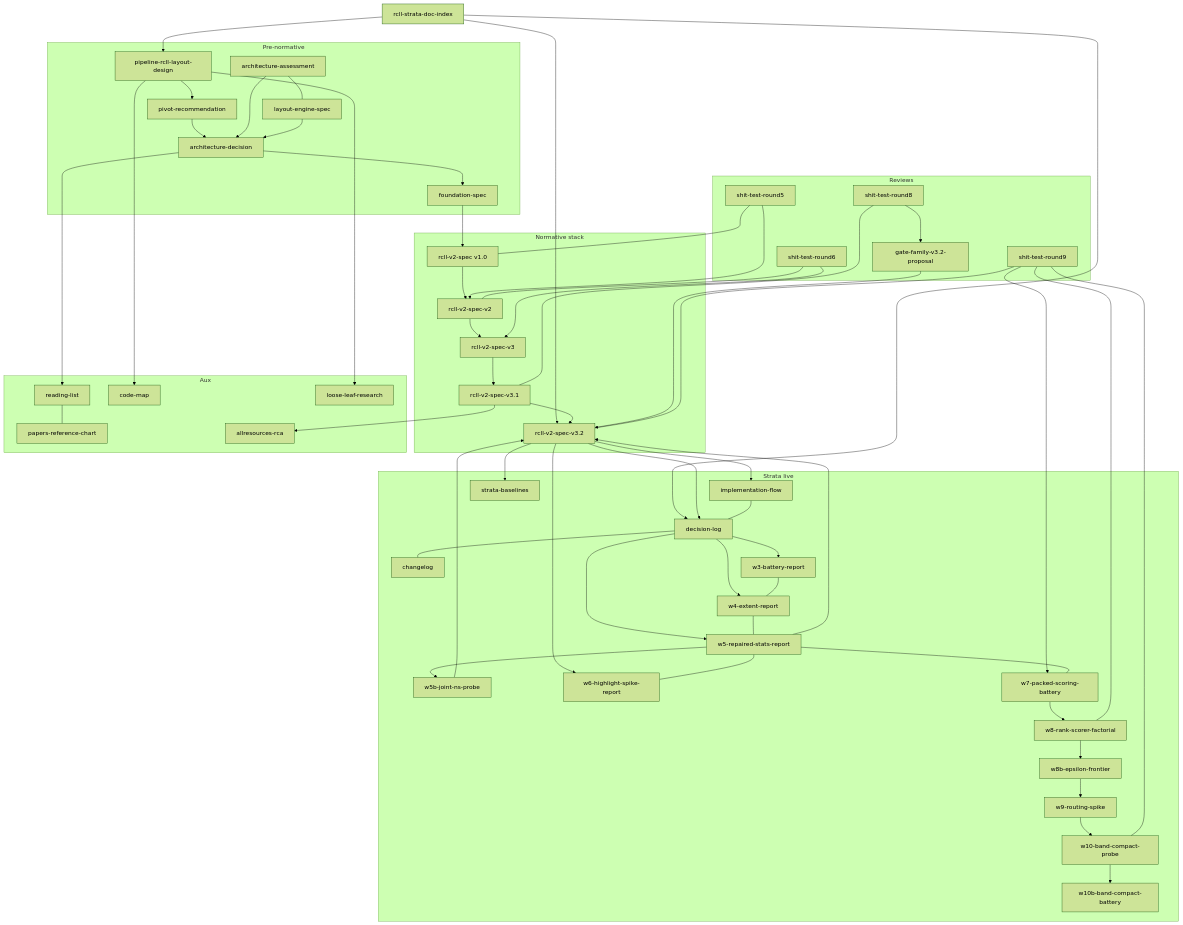
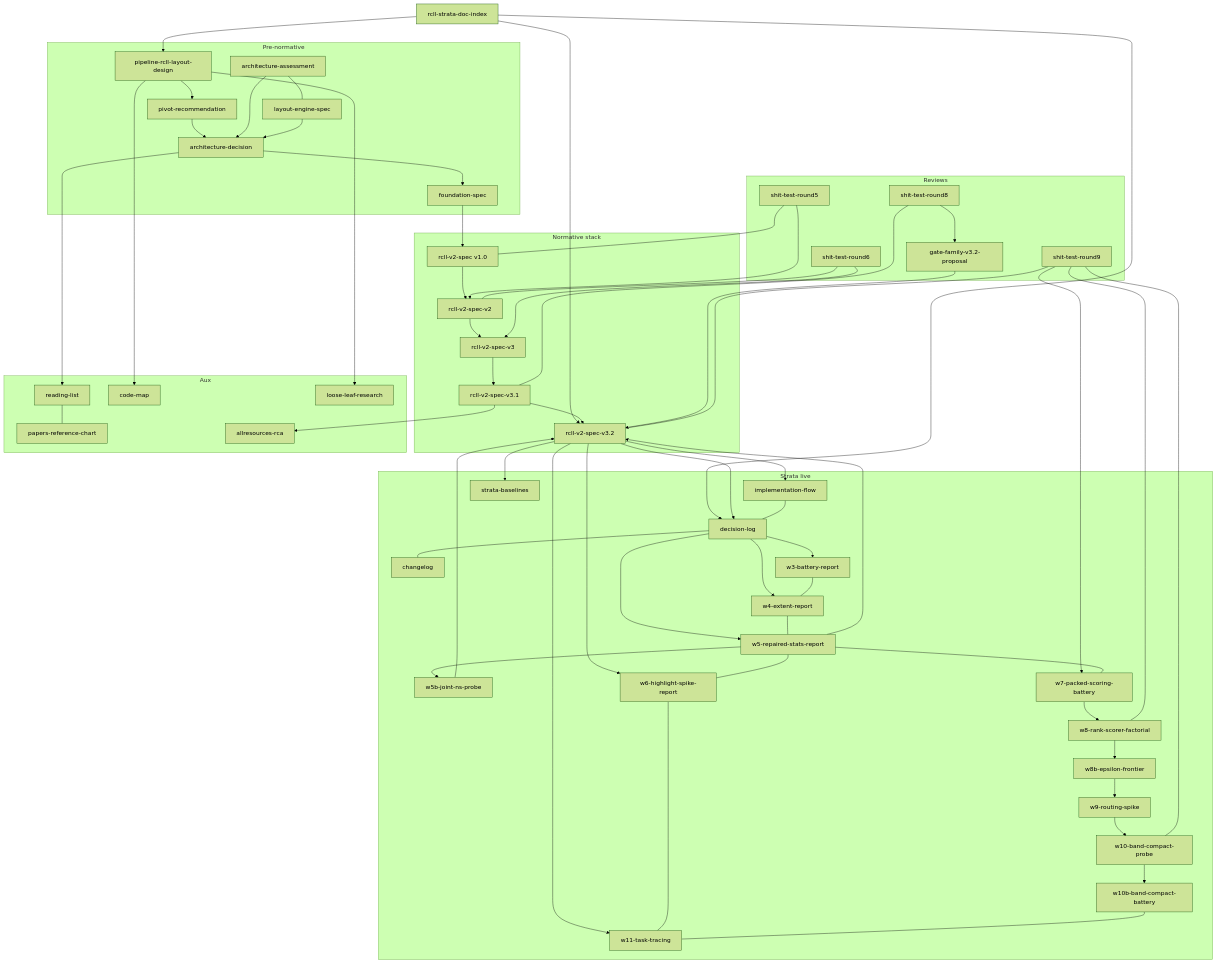
One commit to TusharSariya/excalidraw-tf changed the diagram in docs/rcll-strata-doc-index.md. Above: the diagram before and after it, drawn with Mermaid (forest theme). The commit also changed other lines of this file and 4 other files, not shown here.

```diff
--- a/docs/rcll-strata-doc-index.md
+++ b/docs/rcll-strata-doc-index.md
@@ -141,6 +142,7 @@
     W9[w9-routing-spike]
     W10[w10-band-compact-probe]
     W10b[w10b-band-compact-battery]
+    W11[w11-task-tracing]
     Base[strata-baselines]
   end
 
@@ -199,6 +201,9 @@
   W10 --> W10b
   W3 --- W4
   W4 --- W5
+  V32 --> W11
+  W6 --- W11
+  W10b --- W11
   V32 --> Base
 
   ArchDec --> ReadList
```
